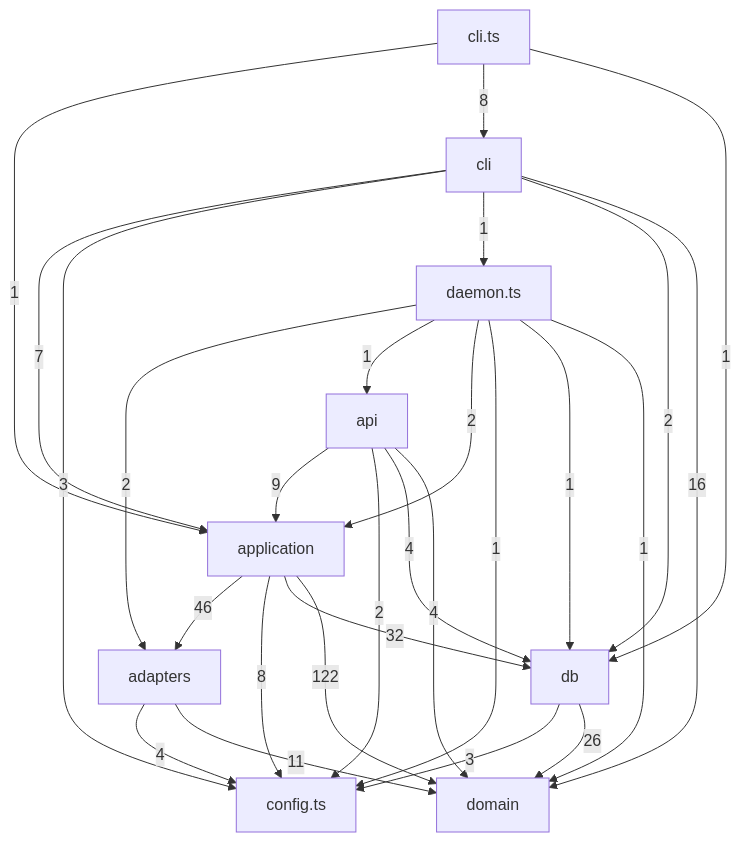
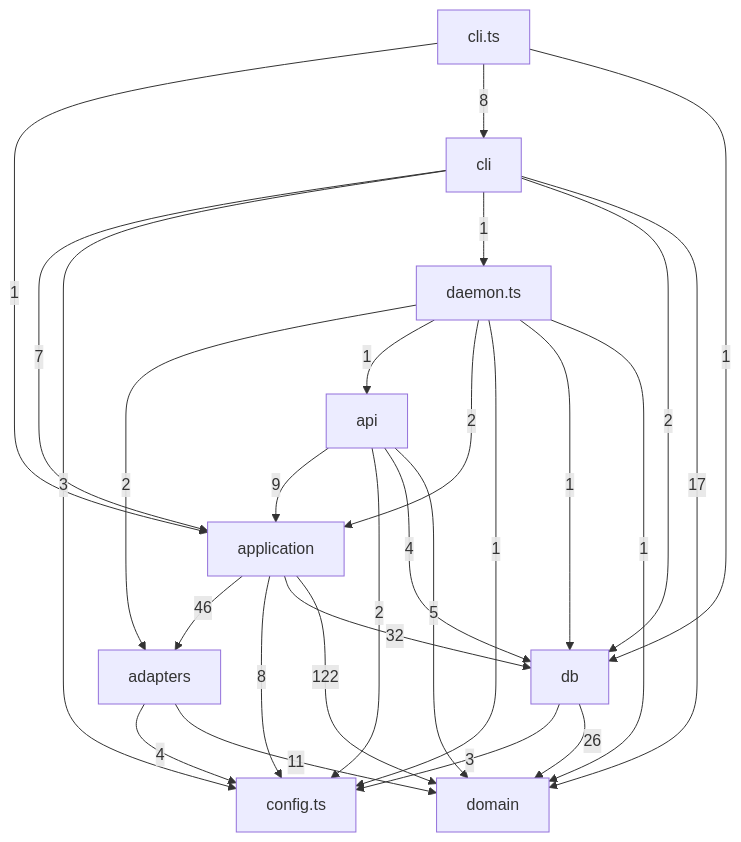
The third of 5 diagrams in docs/architecture.md (tomrobdev/agentdeck), drawn with Mermaid before and after one commit. The commit also changed 36 other files, not shown here.

````diff
--- a/docs/architecture.md
+++ b/docs/architecture.md
@@ -105,38 +105,38 @@
 ```mermaid
 flowchart TD
   adapters["adapters"]
   api["api"]
   application["application"]
   cli["cli"]
   cli_ts["cli.ts"]
   config_ts["config.ts"]
   daemon_ts["daemon.ts"]
   db["db"]
   domain["domain"]
   adapters -->|4| config_ts
   adapters -->|11| domain
   api -->|9| application
   api -->|2| config_ts
   api -->|4| db
-  api -->|4| domain
+  api -->|5| domain
   application -->|46| adapters
   application -->|8| config_ts
   application -->|32| db
   application -->|122| domain
   cli_ts -->|1| application
   cli_ts -->|8| cli
   cli_ts -->|1| db
   cli -->|7| application
   cli -->|3| config_ts
   cli -->|1| daemon_ts
   cli -->|2| db
-  cli -->|16| domain
+  cli -->|17| domain
   daemon_ts -->|2| adapters
   daemon_ts -->|1| api
   daemon_ts -->|2| application
   daemon_ts -->|1| config_ts
   daemon_ts -->|1| db
   daemon_ts -->|1| domain
   db -->|3| config_ts
   db -->|26| domain
 ```
````
